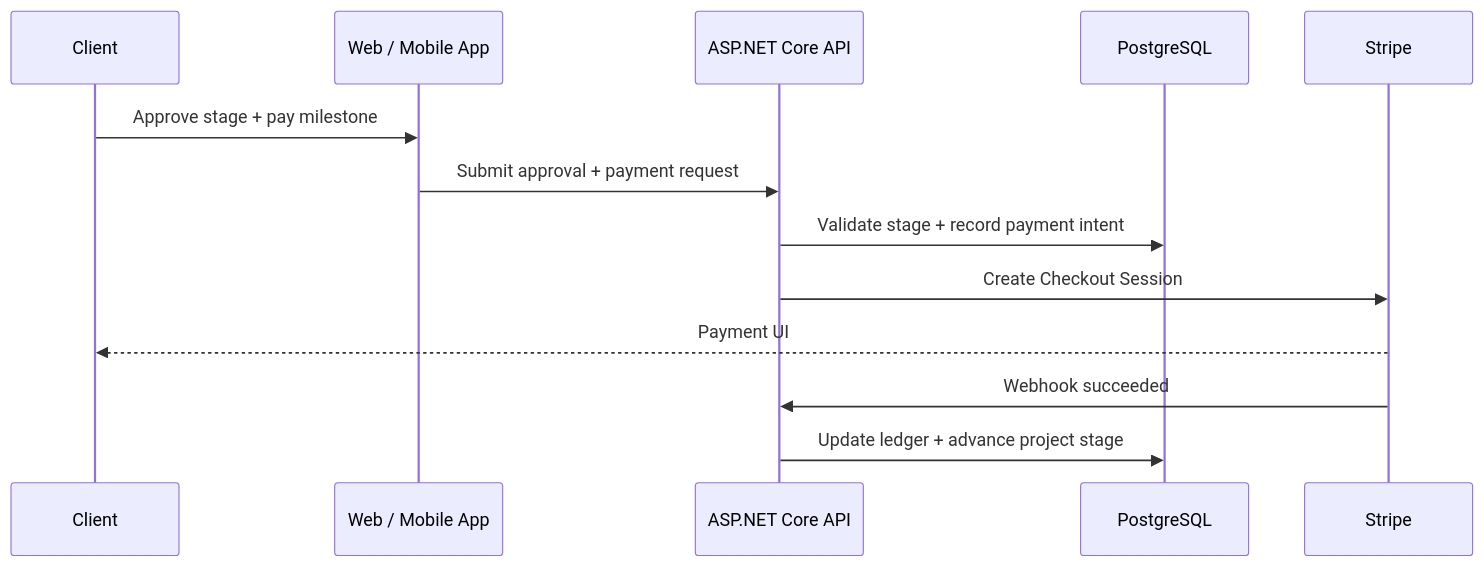
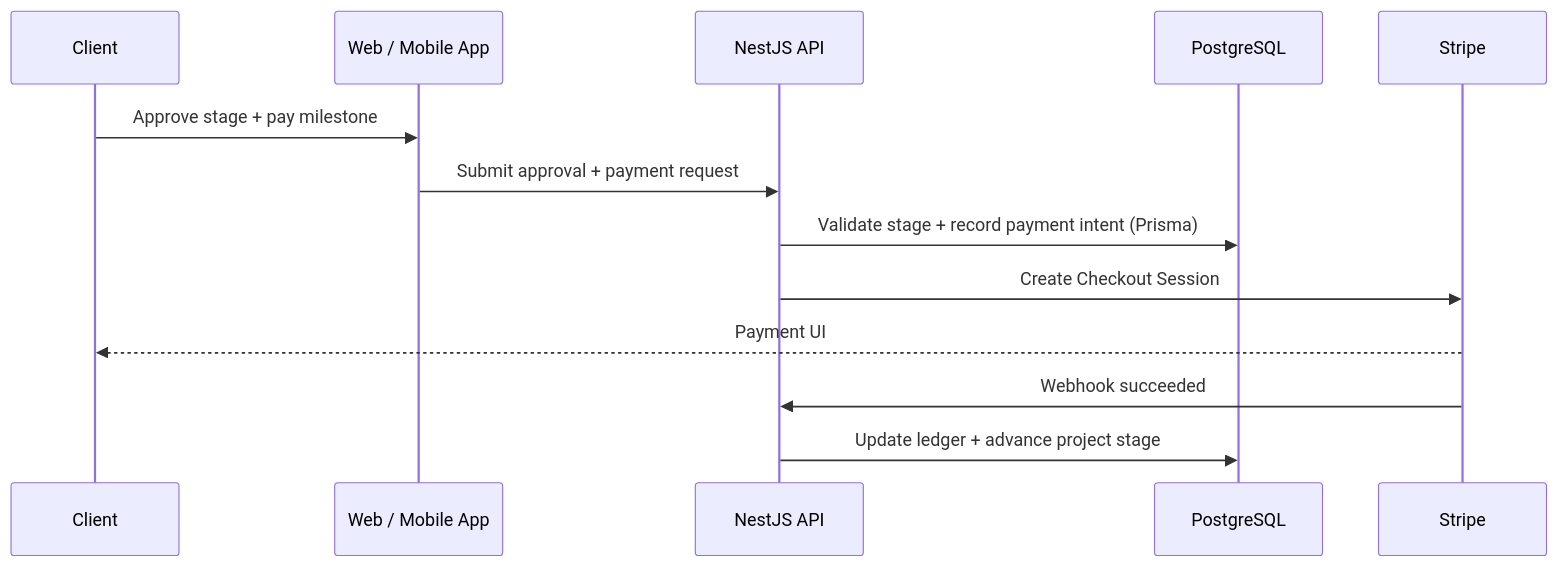
One commit to MNSBaanu/Inside changed the third of 3 diagrams in docs/Proposal/diagrams/architecture-diagrams.md. Above: the diagram before and after it, drawn with Mermaid. The commit also changed other lines of this file and 4 other files, not shown here.

First line of the commit message:
docs(proposal): Add new architecture diagrams and update existing files

````diff
--- a/docs/Proposal/diagrams/architecture-diagrams.md
+++ b/docs/Proposal/diagrams/architecture-diagrams.md
@@ -197,16 +208,16 @@
 ```mermaid
 sequenceDiagram
     participant C as Client
     participant App as Web / Mobile App
-    participant API as ASP.NET Core API
+    participant API as NestJS API
     participant DB as PostgreSQL
     participant ST as Stripe
 
     C->>App: Approve stage + pay milestone
     App->>API: Submit approval + payment request
-    API->>DB: Validate stage + record payment intent
+    API->>DB: Validate stage + record payment intent (Prisma)
     API->>ST: Create Checkout Session
     ST-->>C: Payment UI
     ST->>API: Webhook succeeded
     API->>DB: Update ledger + advance project stage
 ```
````
